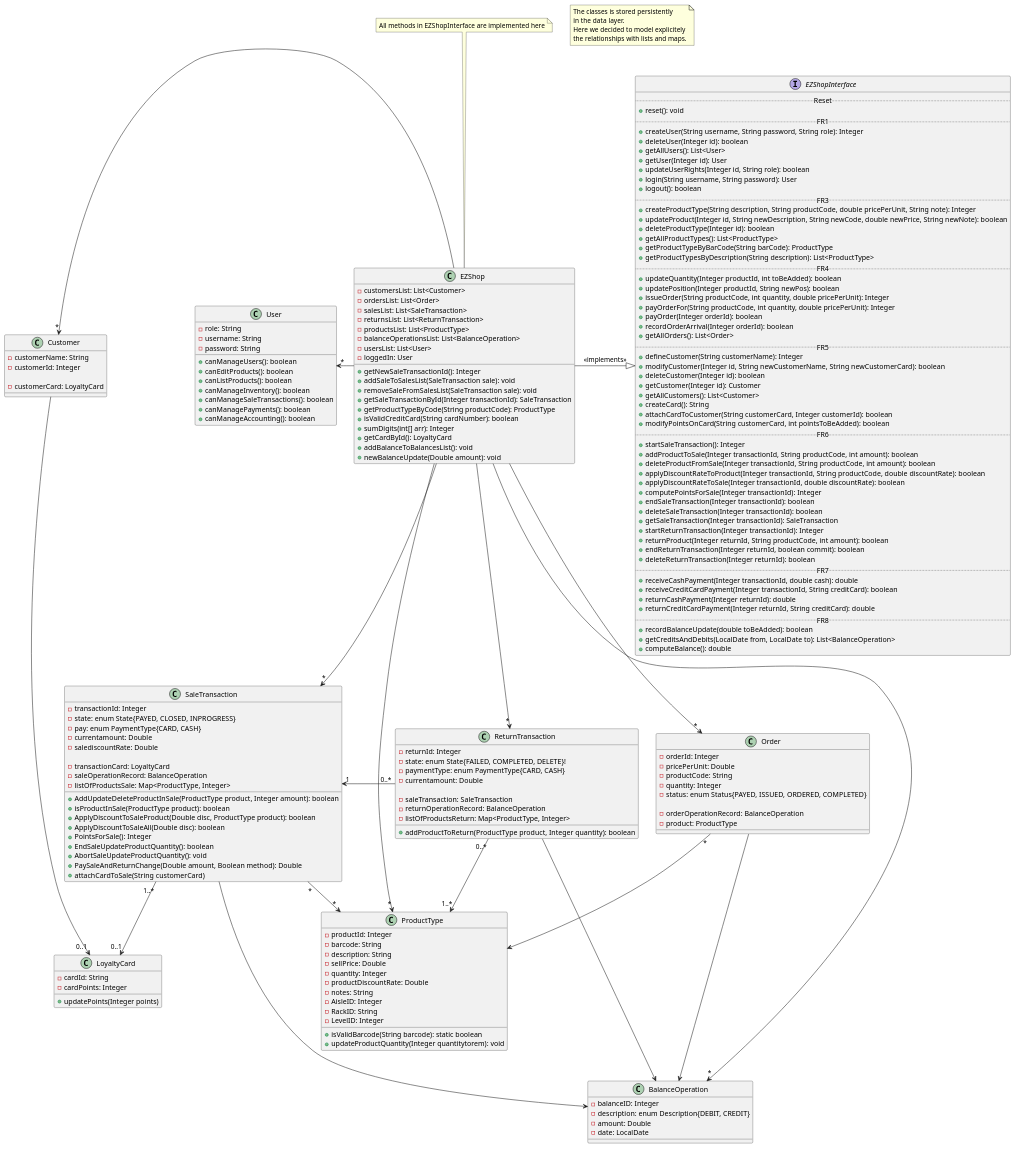
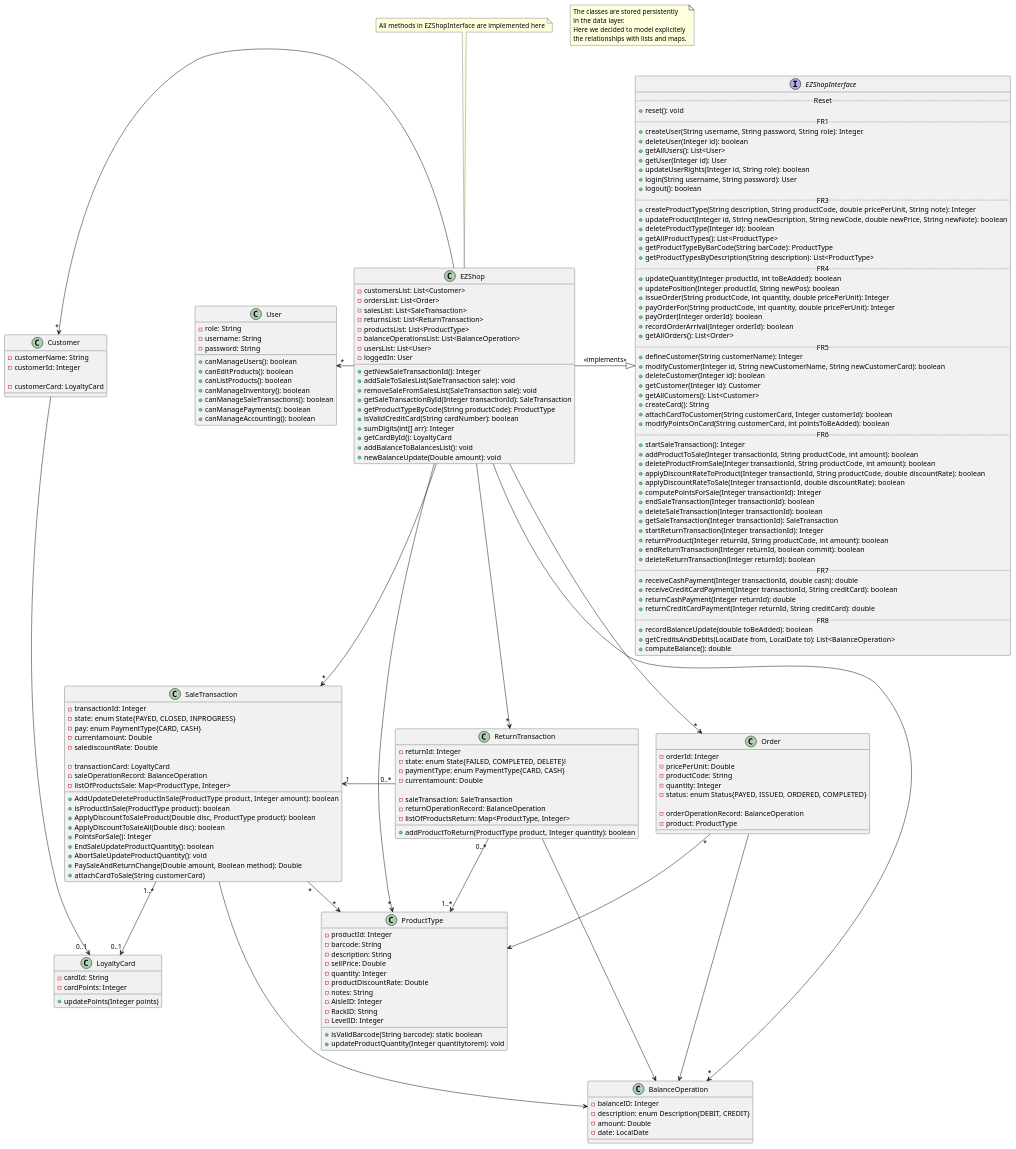
Before and after one commit to gioele-scaletta/EZShop-Software-Engineering-Project: the second of 16 diagrams in Deliverables/DesignDocument.md, drawn with PlantUML. The commit also changed other lines of this file, not shown here.

````diff
--- a/Deliverables/DesignDocument.md
+++ b/Deliverables/DesignDocument.md
@@ -38,6 +38,6 @@
 ```plantuml
 note as N
-    The classes is stored persistently
+    The classes are stored persistently
     in the data layer.
     Here we decided to model explicitely
     the relationships with lists and maps.
````
